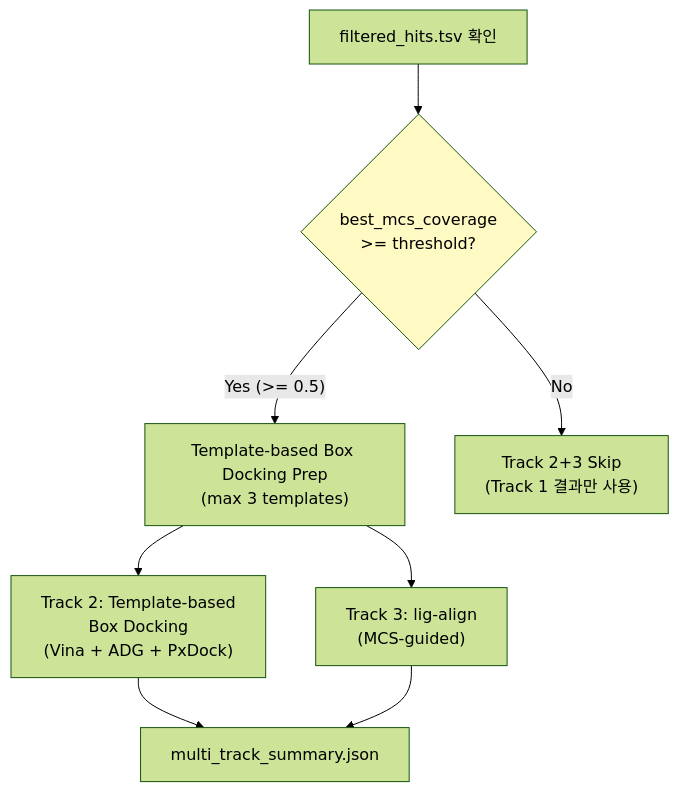
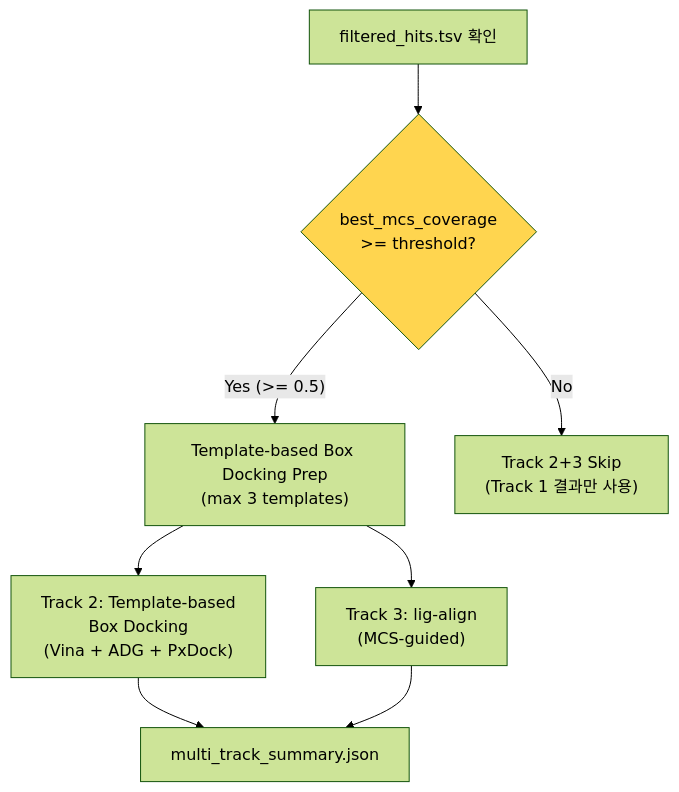
One commit to eightmm/mosaic-pl changed diagram 14 of 17 in docs/pipeline.md. Above: the diagram before and after it, drawn with Mermaid (forest theme). The commit also changed other lines of this file, not shown here.

````diff
--- a/docs/pipeline.md
+++ b/docs/pipeline.md
@@ -382,12 +382,12 @@
 ```mermaid
 flowchart TB
     START["filtered_hits.tsv 확인"]
     START --> CHECK{"best_mcs_coverage\n>= threshold?"}
     CHECK -->|"Yes (>= 0.5)"| PREP["Template-based Box Docking Prep\n(max 3 templates)"]
     CHECK -->|"No"| SKIP["Track 2+3 Skip\n(Track 1 결과만 사용)"]
     PREP --> T2["Track 2: Template-based\nBox Docking\n(Vina + ADG + PxDock)"]
     PREP --> T3["Track 3: lig-align\n(MCS-guided)"]
     T2 & T3 --> SUMMARY["multi_track_summary.json"]
 
-    style CHECK fill:#fff9c4
+    style CHECK fill:#ffd54f,color:#000
 ```
````
